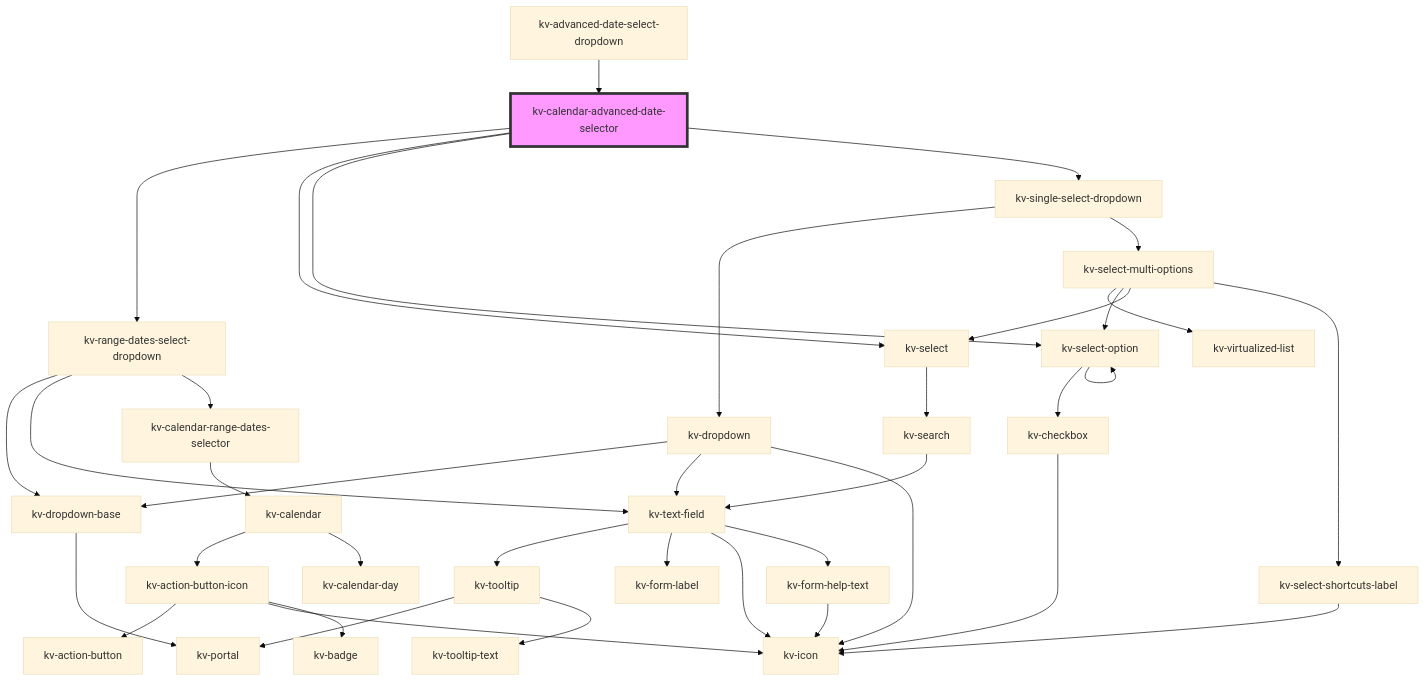
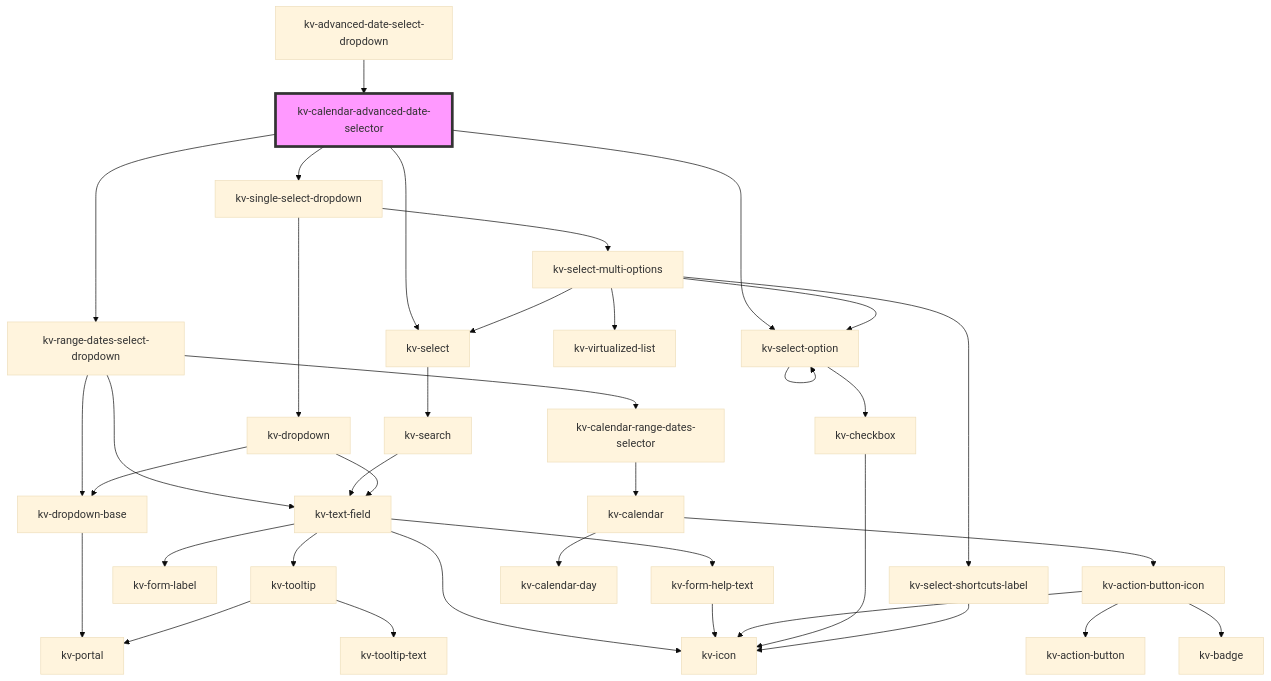
Before and after one commit to kelvininc/ui-components: the diagram in packages/ui-components/src/components/calendar-advanced-date-selector/readme.md, drawn with Mermaid (base theme). The commit also changed 9 other files, not shown here.

Commit message:
fix(dropdown): add action icon

````diff
--- a/packages/ui-components/src/components/calendar-advanced-date-selector/readme.md
+++ b/packages/ui-components/src/components/calendar-advanced-date-selector/readme.md
@@ -126,41 +126,40 @@
 ```mermaid
 graph TD;
   kv-calendar-advanced-date-selector --> kv-range-dates-select-dropdown
   kv-calendar-advanced-date-selector --> kv-select
   kv-calendar-advanced-date-selector --> kv-select-option
   kv-calendar-advanced-date-selector --> kv-single-select-dropdown
   kv-range-dates-select-dropdown --> kv-dropdown-base
   kv-range-dates-select-dropdown --> kv-text-field
   kv-range-dates-select-dropdown --> kv-calendar-range-dates-selector
   kv-dropdown-base --> kv-portal
   kv-text-field --> kv-tooltip
   kv-text-field --> kv-form-label
   kv-text-field --> kv-icon
   kv-text-field --> kv-form-help-text
   kv-tooltip --> kv-portal
   kv-tooltip --> kv-tooltip-text
   kv-form-help-text --> kv-icon
   kv-calendar-range-dates-selector --> kv-calendar
   kv-calendar --> kv-action-button-icon
   kv-calendar --> kv-calendar-day
   kv-action-button-icon --> kv-action-button
   kv-action-button-icon --> kv-icon
   kv-action-button-icon --> kv-badge
   kv-select --> kv-search
   kv-search --> kv-text-field
   kv-select-option --> kv-checkbox
   kv-select-option --> kv-select-option
   kv-checkbox --> kv-icon
   kv-single-select-dropdown --> kv-dropdown
   kv-single-select-dropdown --> kv-select-multi-options
   kv-dropdown --> kv-dropdown-base
   kv-dropdown --> kv-text-field
-  kv-dropdown --> kv-icon
   kv-select-multi-options --> kv-virtualized-list
   kv-select-multi-options --> kv-select-option
   kv-select-multi-options --> kv-select
   kv-select-multi-options --> kv-select-shortcuts-label
   kv-select-shortcuts-label --> kv-icon
   kv-advanced-date-select-dropdown --> kv-calendar-advanced-date-selector
   style kv-calendar-advanced-date-selector fill:#f9f,stroke:#333,stroke-width:4px
 ```
````
